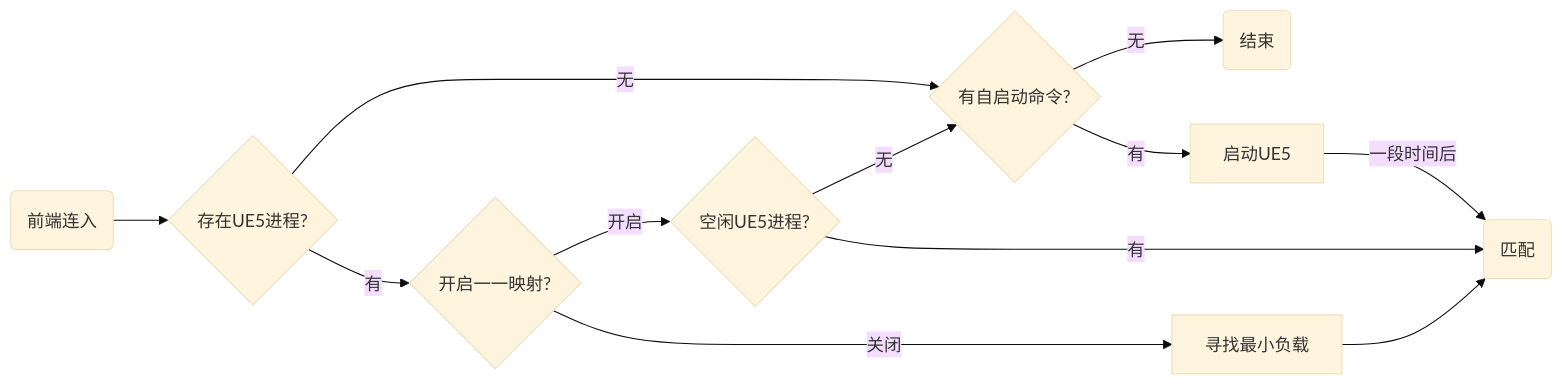
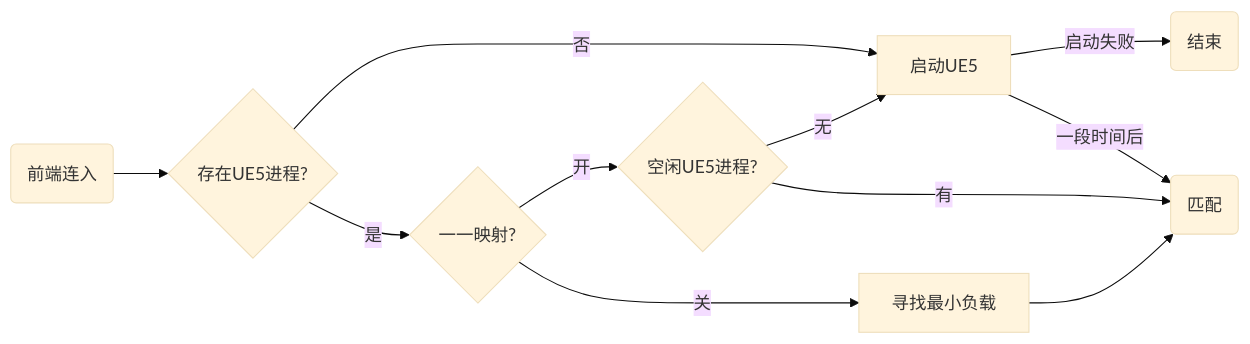
One commit to Mu-L/peer-stream changed the diagram in README-zh.md. Above: the diagram before and after it, drawn with Mermaid (base theme).

````diff
--- a/README-zh.md
+++ b/README-zh.md
@@ -64,25 +64,22 @@
 ```mermaid
 flowchart LR;
-    121{开启一一映射?};
+    121{一一映射?};
     match(匹配);
     finish(结束);
     UE5{存在UE5进程?};
     join(前端连入);
-    auto{有自启动命令?};
     start[启动UE5];
     idle{空闲UE5进程?};
     min[寻找最小负载];
  
     join --> UE5;
-    UE5 -->|无| auto;
-    auto -->|无| finish;
-    auto -->|有| start;
+    UE5 -->|否| start;
+    start -->|启动失败| finish;
     start -->|一段时间后| match;
-    UE5 -->|有| 121;
-    121 -->|开启| idle; 
+    UE5 -->|是| 121;
+    121 -->|开| idle; 
+    idle -->|无| start;
     idle -->|有| match;
-    idle -->|无| auto;
-    121 -->|关闭| min; 
+    121 -->|关| min; 
     min --> match;
-    
 ```
````
